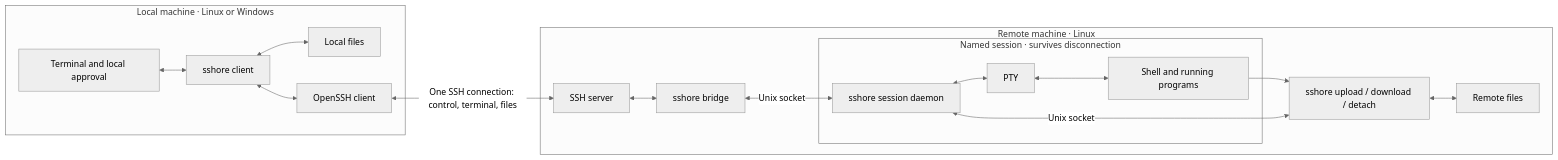
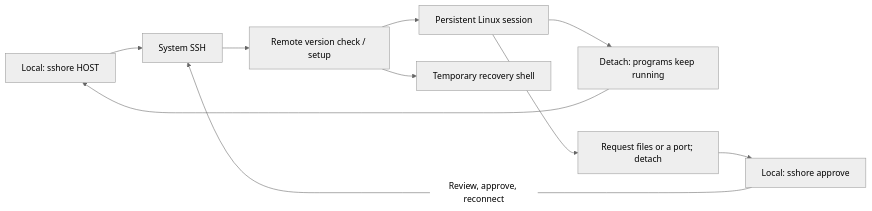
Before and after one commit to jay-waves/sshore: the diagram in README.md, drawn with Mermaid (neutral theme). The commit also changed other lines of this file and 29 other files, not shown here.

````diff
--- a/README.md
+++ b/README.md
@@ -11,20 +21,12 @@
 ```mermaid
 flowchart LR
-    subgraph local["Local machine · Linux or Windows"]
-        terminal["Terminal and local approval"] <--> client["sshore client"]
-        client <--> localFiles["Local files"]
-        client <--> ssh["OpenSSH client"]
-    end
-    subgraph remote["Remote machine · Linux"]
-        sshd["SSH server"] <--> bridge["sshore bridge"]
-        subgraph session["Named session · survives disconnection"]
-            daemon["sshore session daemon"] <--> pty["PTY"]
-            pty <--> shell["Shell and running programs"]
-        end
-        bridge <-->|Unix socket| daemon
-        shell --> helper["sshore upload / download / detach"]
-        helper <-->|Unix socket| daemon
-        helper <--> remoteFiles["Remote files"]
-    end
-    ssh <-->|"One SSH connection: control, terminal, files"| sshd
+    local["Local: sshore HOST"] --> ssh["System SSH"]
+    ssh --> setup["Remote version check / setup"]
+    setup --> session["Persistent Linux session"]
+    setup --> recovery["Temporary recovery shell"]
+    session --> detach["Detach: programs keep running"]
+    detach --> local
+    session --> request["Request files or a port; detach"]
+    request --> approve["Local: sshore approve"]
+    approve -->|"Review, approve, reconnect"| ssh
 ```
````
